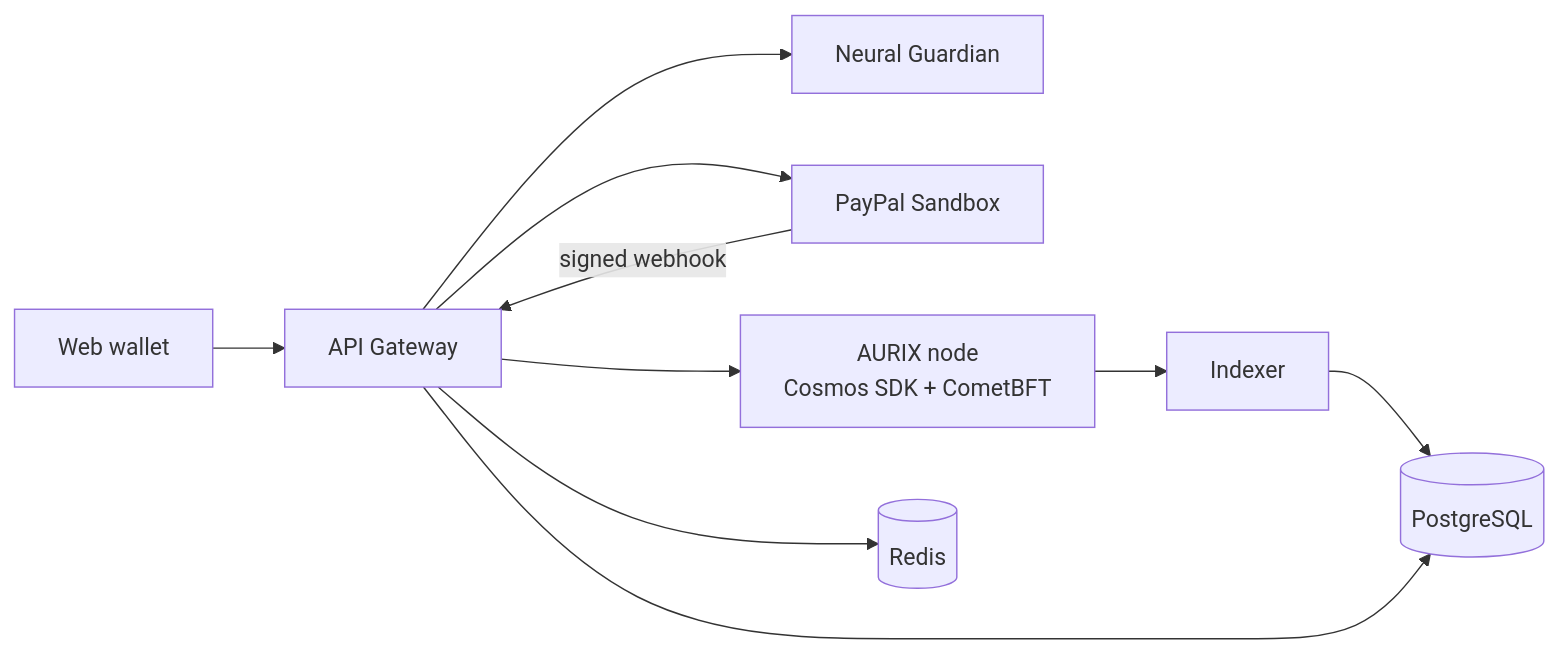
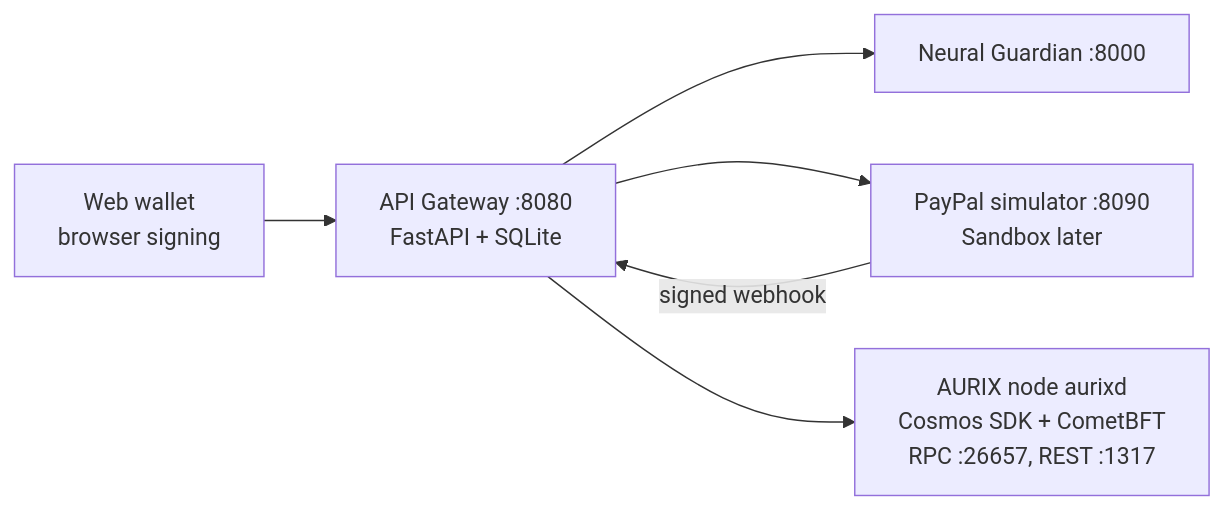
The diagram in README.md (joeylukoji/Aurix), drawn with Mermaid before and after one commit. The commit also changed other lines of this file and 7 other files, not shown here.

Commit message:
docs: as-built architecture, sprint status, Devpost description and demo script

````diff
--- a/README.md
+++ b/README.md
@@ -47,11 +47,8 @@
 ```mermaid
 flowchart LR
-    U[Web wallet] --> GW[API Gateway]
-    GW --> AI[Neural Guardian]
-    GW --> PP[PayPal Sandbox]
+    U[Web wallet<br/>browser signing] --> GW[API Gateway :8080<br/>FastAPI + SQLite]
+    GW --> AI[Neural Guardian :8000]
+    GW --> PP[PayPal simulator :8090<br/>Sandbox later]
     PP -- signed webhook --> GW
-    GW --> CHAIN[AURIX node<br/>Cosmos SDK + CometBFT]
-    CHAIN --> IDX[Indexer] --> PG[(PostgreSQL)]
-    GW --> PG
-    GW --> RD[(Redis)]
+    GW --> CHAIN[AURIX node aurixd<br/>Cosmos SDK + CometBFT<br/>RPC :26657, REST :1317]
 ```
````
